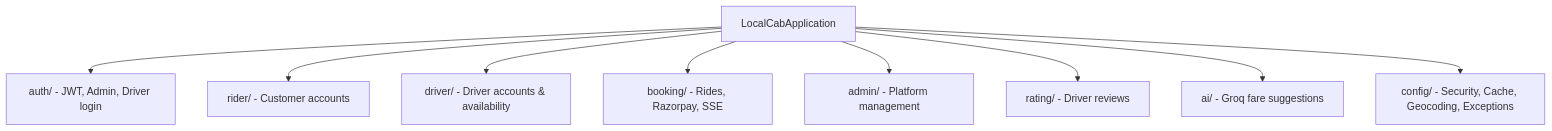
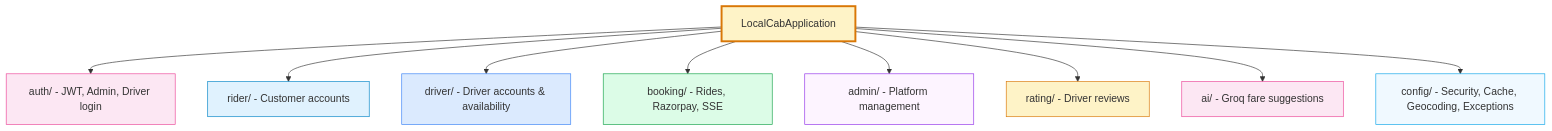
Before and after one commit to maheshshinde9100/LocalCab: the fifth of 8 diagrams in README.md, drawn with Mermaid. The commit also changed other lines of this file and 2 other files, not shown here.

````diff
--- a/README.md
+++ b/README.md
@@ -168,13 +206,22 @@
 ```mermaid
 graph TD
     APP[LocalCabApplication]
+    style APP fill:#fef3c7,stroke:#d97706,stroke-width:3px
 
     APP --> AUTH[auth/ - JWT, Admin, Driver login]
+    style AUTH fill:#fce7f3,stroke:#ec4899,stroke-width:1px
     APP --> RIDER[rider/ - Customer accounts]
+    style RIDER fill:#e0f2fe,stroke:#0284c7,stroke-width:1px
     APP --> DRIVER[driver/ - Driver accounts & availability]
+    style DRIVER fill:#dbeafe,stroke:#3b82f6,stroke-width:1px
     APP --> BOOKING[booking/ - Rides, Razorpay, SSE]
+    style BOOKING fill:#dcfce7,stroke:#16a34a,stroke-width:1px
     APP --> ADMIN[admin/ - Platform management]
+    style ADMIN fill:#fdf4ff,stroke:#9333ea,stroke-width:1px
     APP --> RATING[rating/ - Driver reviews]
+    style RATING fill:#fef3c7,stroke:#d97706,stroke-width:1px
     APP --> AI[ai/ - Groq fare suggestions]
+    style AI fill:#fce7f3,stroke:#ec4899,stroke-width:1px
     APP --> CONFIG[config/ - Security, Cache, Geocoding, Exceptions]
+    style CONFIG fill:#f0f9ff,stroke:#0ea5e9,stroke-width:1px
 ```
````
